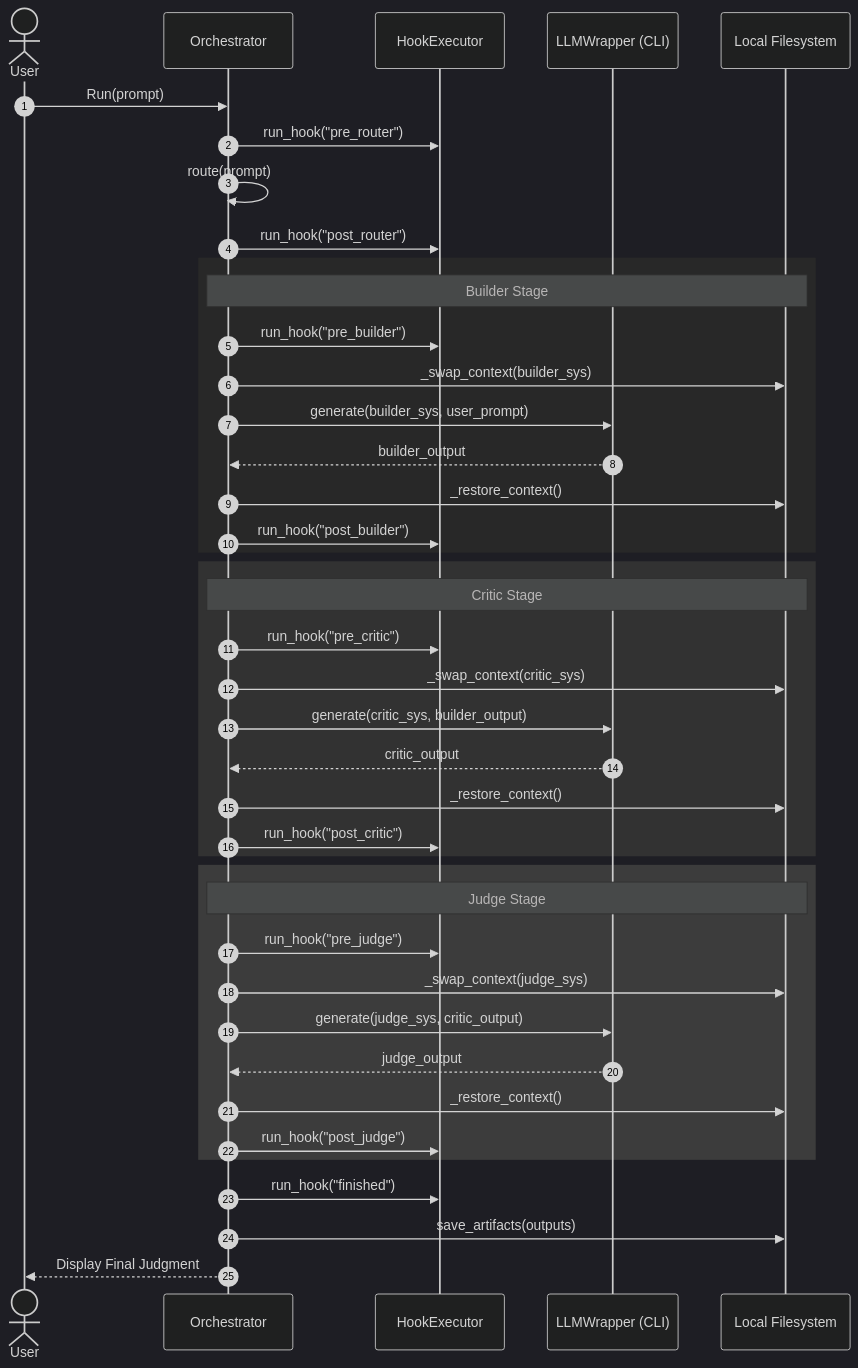
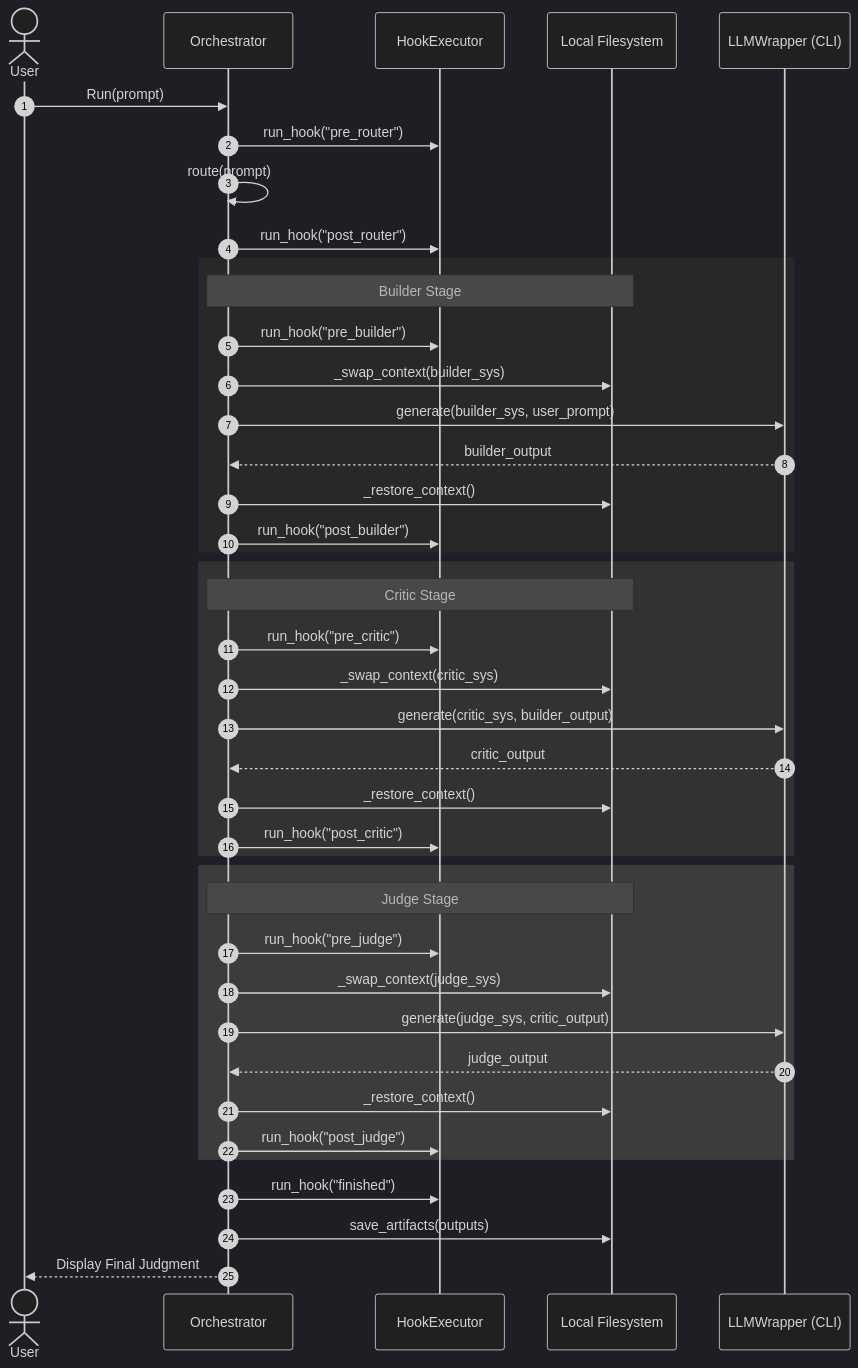
Before and after one commit to Lewiscowles1986/adversarial-agents: the diagram in docs/architecture/sequences.md, drawn with Mermaid. The commit also changed other lines of this file, not shown here.

````diff
--- a/docs/architecture/sequences.md
+++ b/docs/architecture/sequences.md
@@ -9,53 +9,53 @@
 ```mermaid
 ---
 config:
   theme: dark
 ---
 sequenceDiagram
     autonumber
     actor User
     participant Orch as Orchestrator
     participant Hook as HookExecutor
+    participant FS as Local Filesystem
     participant LLM as LLMWrapper (CLI)
-    participant FS as Local Filesystem
 
     User->>Orch: Run(prompt)
 
     Orch->>Hook: run_hook("pre_router")
     Orch->>Orch: route(prompt)
     Orch->>Hook: run_hook("post_router")
 
     rect rgb(40, 40, 40)
         Note over Orch, FS: Builder Stage
         Orch->>Hook: run_hook("pre_builder")
         Orch->>FS: _swap_context(builder_sys)
         Orch->>LLM: generate(builder_sys, user_prompt)
         LLM-->>Orch: builder_output
         Orch->>FS: _restore_context()
         Orch->>Hook: run_hook("post_builder")
     end
 
     rect rgb(50, 50, 50)
         Note over Orch, FS: Critic Stage
         Orch->>Hook: run_hook("pre_critic")
         Orch->>FS: _swap_context(critic_sys)
         Orch->>LLM: generate(critic_sys, builder_output)
         LLM-->>Orch: critic_output
         Orch->>FS: _restore_context()
         Orch->>Hook: run_hook("post_critic")
     end
 
     rect rgb(60, 60, 60)
         Note over Orch, FS: Judge Stage
         Orch->>Hook: run_hook("pre_judge")
         Orch->>FS: _swap_context(judge_sys)
         Orch->>LLM: generate(judge_sys, critic_output)
         LLM-->>Orch: judge_output
         Orch->>FS: _restore_context()
         Orch->>Hook: run_hook("post_judge")
     end
 
     Orch->>Hook: run_hook("finished")
     Orch->>FS: save_artifacts(outputs)
     Orch-->>User: Display Final Judgment
 ```
````
